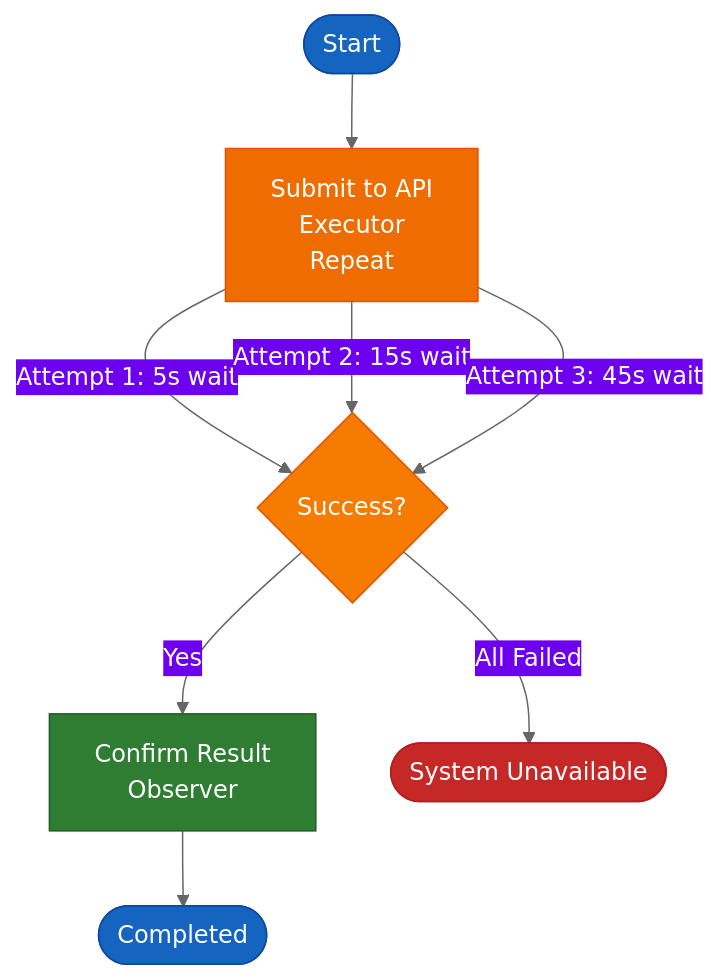
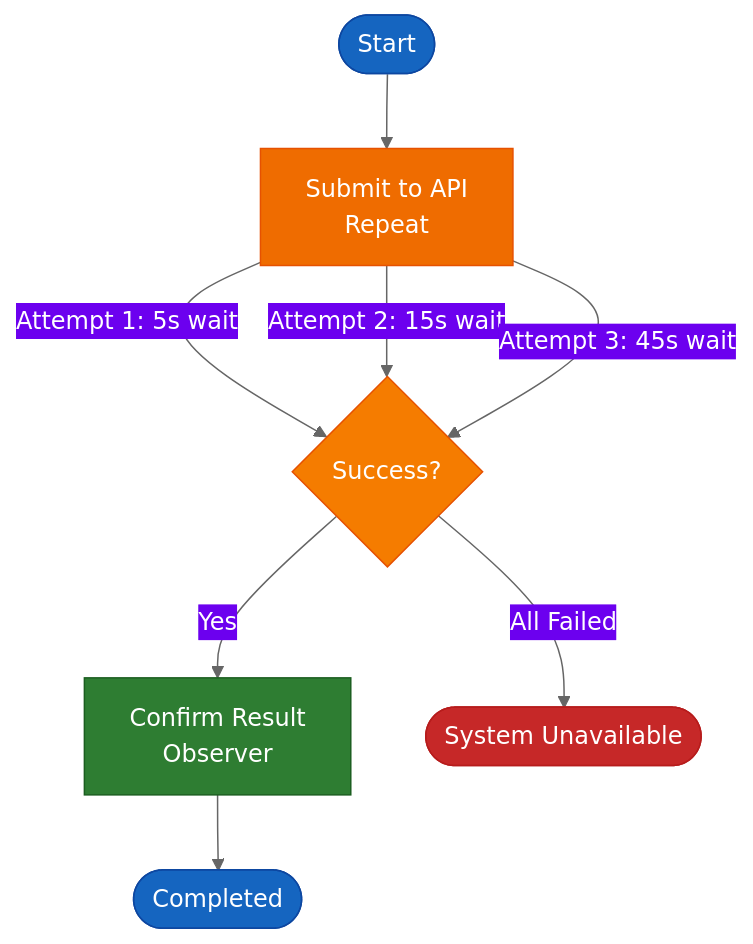
One commit to gcowin/approachable-workflows changed the fourth of 11 diagrams in docs/reference/visual-patterns.md. Above: the diagram before and after it, drawn with Mermaid. The commit also changed other lines of this file and 58 other files, not shown here.

````diff
--- a/docs/reference/visual-patterns.md
+++ b/docs/reference/visual-patterns.md
@@ -157,18 +157,18 @@
 ```mermaid
 %%{init: {'theme':'base', 'themeVariables': {'primaryColor':'#EF6C00','primaryTextColor':'#fff','lineColor':'#666'}}}%%
 graph TD
-    Start([Start]) --> A[Submit to API<br/>Executor<br/>Repeat]
+    Start([Start]) --> A[Submit to API<br/>Repeat]
     A -->|Attempt 1: 5s wait| B{Success?}
     A -->|Attempt 2: 15s wait| B
     A -->|Attempt 3: 45s wait| B
     B -->|Yes| C[Confirm Result<br/>Observer]
     B -->|All Failed| D([System Unavailable])
     C --> E([Completed])
     
     style Start fill:#1565C0,stroke:#0D47A1,color:#fff
     style A fill:#EF6C00,stroke:#E65100,color:#fff
     style B fill:#F57C00,stroke:#E65100,color:#fff
     style C fill:#2E7D32,stroke:#1B5E20,color:#fff
     style D fill:#C62828,stroke:#B71C1C,color:#fff
     style E fill:#1565C0,stroke:#0D47A1,color:#fff
 ```
````
